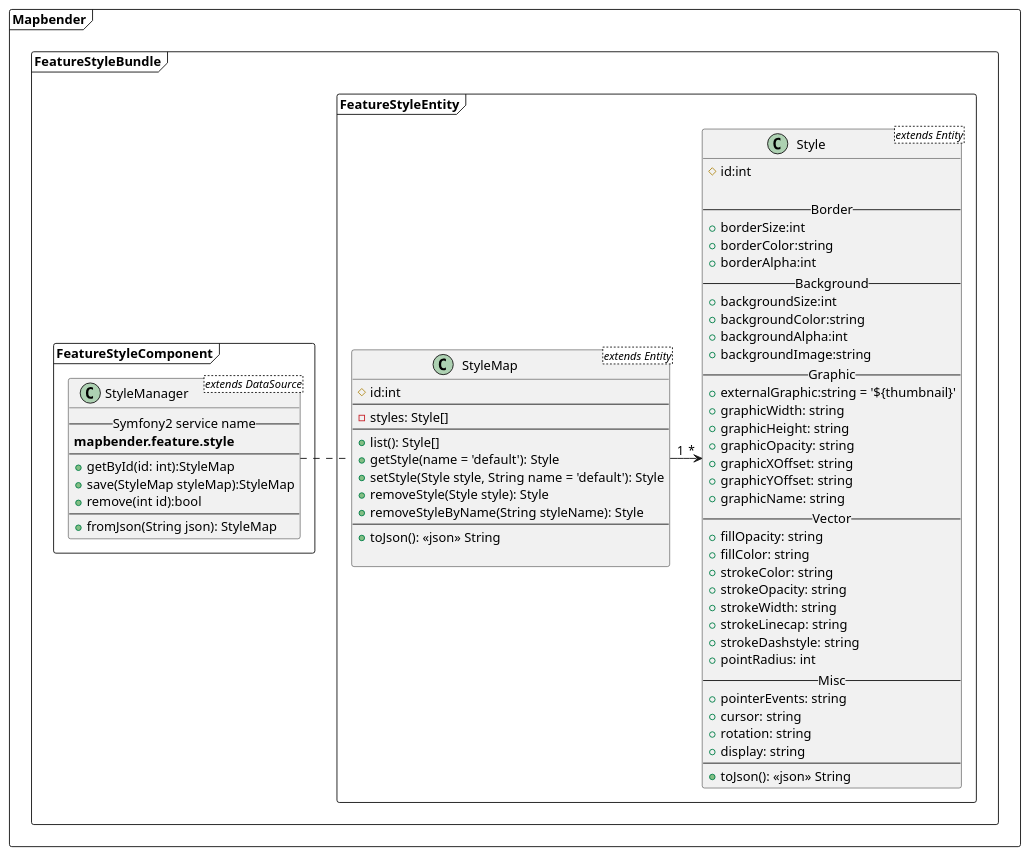
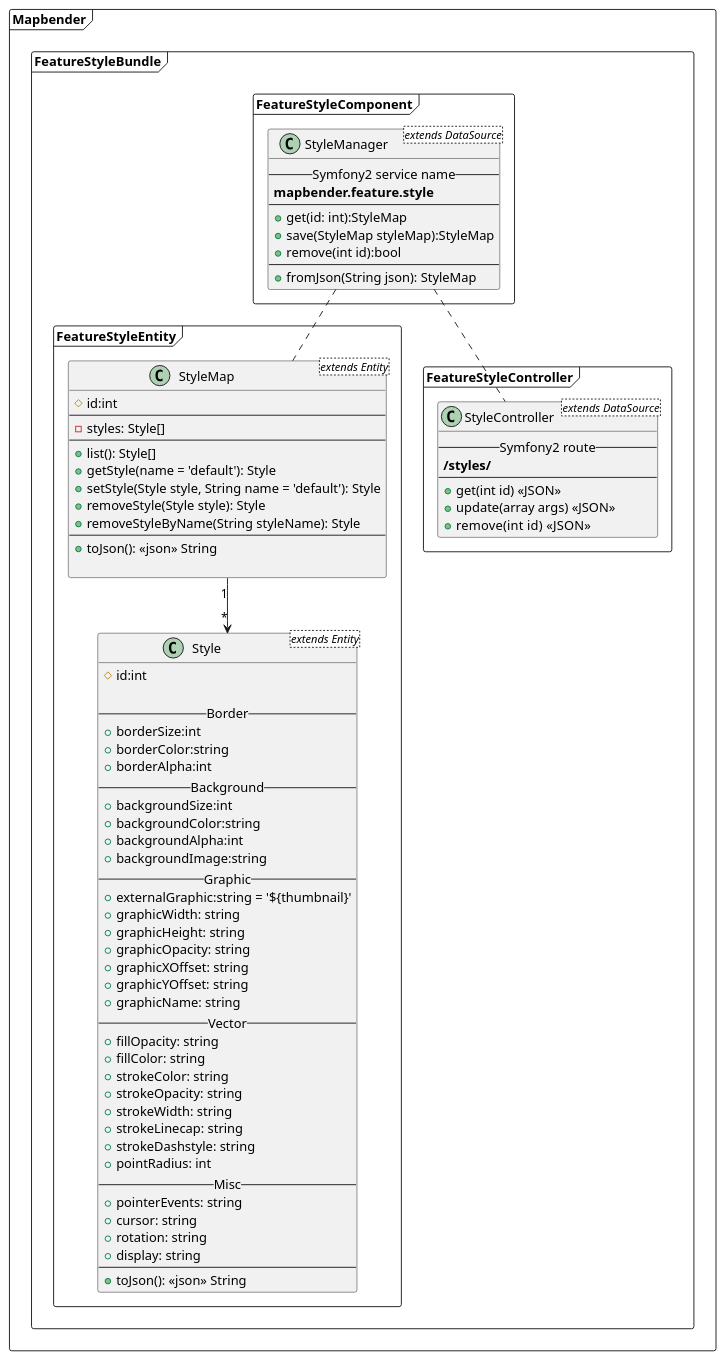
One commit to mapbender/search changed the diagram in Documents/FeatureStyle/API.puml. Above: the diagram before and after it, drawn with PlantUML. The commit also changed 3 other files, not shown here.

```diff
--- a/Documents/FeatureStyle/API.puml
+++ b/Documents/FeatureStyle/API.puml
@@ -1,82 +1,93 @@
 @startuml
 
 package Mapbender <<Frame>> {
   package FeatureStyleBundle <<Frame>> {
     package FeatureStyleEntity <<Frame>>{
 
       ' For more info:
       ' http://docs.openlayers.org/library/feature_styling.html
 
       class Style <extends Entity>{
         # id:int
 
         --Border--
         + borderSize:int
         + borderColor:string
         + borderAlpha:int
         --Background--
         + backgroundSize:int
         + backgroundColor:string
         + backgroundAlpha:int
         + backgroundImage:string
         --Graphic--
         + externalGraphic:string = '${thumbnail}'
         + graphicWidth: string
         + graphicHeight: string
         + graphicOpacity: string
         + graphicXOffset: string
         + graphicYOffset: string
         + graphicName: string
         -- Vector --
         + fillOpacity: string
         + fillColor: string
         + strokeColor: string
         + strokeOpacity: string
         + strokeWidth: string
         + strokeLinecap: string
         + strokeDashstyle: string
         + pointRadius: int
         -- Misc --
         + pointerEvents: string
         + cursor: string
         + rotation: string
         + display: string
         ---
         + toJson(): <<json>> String
       }
 
       class StyleMap <extends Entity>{
         # id:int
         --
         - styles: Style[]
         --
         + list(): Style[]
         + getStyle(name = 'default'): Style
         + setStyle(Style style, String name = 'default'): Style
         + removeStyle(Style style): Style
         + removeStyleByName(String styleName): Style
         --
         + toJson(): <<json>> String
 
       }
     }
 
     package FeatureStyleComponent <<Frame>> {
       class StyleManager <extends DataSource> {
         -- Symfony2 service name --
         **mapbender.feature.style**
         --
-        + getById(id: int):StyleMap
-        + save(StyleMap styleMap):StyleMap
-        + remove(int id):bool
+          + get(id: int):StyleMap
+          + save(StyleMap styleMap):StyleMap
+          + remove(int id):bool
         --
         + fromJson(String json): StyleMap
       }
     }
+    package FeatureStyleController <<Frame>> {
+        class StyleController <extends DataSource> {
+          -- Symfony2 route --
+          **/styles/**
+          --
+          + get(int id) <<JSON>>
+          + update(array args) <<JSON>>
+          + remove(int id)  <<JSON>>
+        }
+      }
   }
-  StyleManager . StyleMap
-  StyleMap "1" -> "*" Style
+  StyleManager .. StyleMap
+  StyleManager .. StyleController
+  StyleMap "1" --> "*" Style
 }
 
 
 @enduml
```
